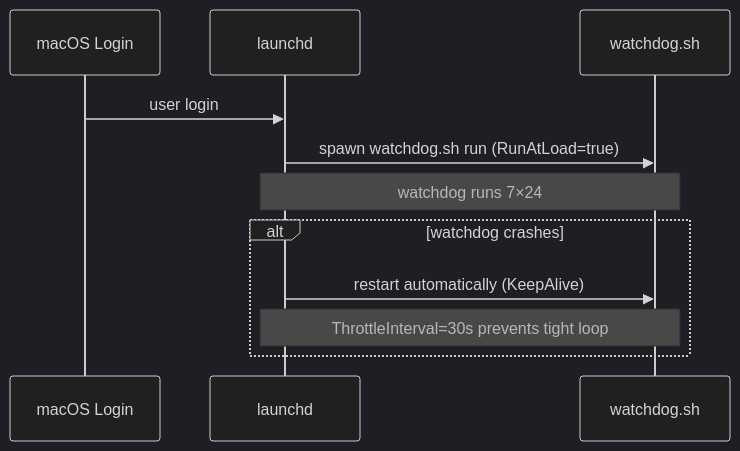
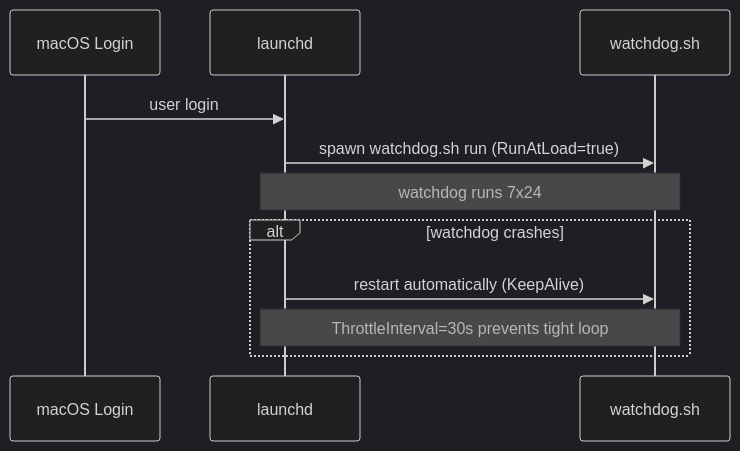
The sixth of 6 diagrams in README.md (bianbiandashen/ai-watchdog), drawn with Mermaid (dark theme) before and after one commit. The commit also changed other lines of this file and 9 other files, not shown here.

First line of the commit message:
feat: Harness + Compound dual-layer architecture, LLM session summaries, PageIndex auto-reindex

````diff
--- a/README.md
+++ b/README.md
@@ -207,16 +413,16 @@
 ```mermaid
 sequenceDiagram
     participant Boot as macOS Login
     participant LD as launchd
     participant WD as watchdog.sh
 
     Boot->>LD: user login
     LD->>WD: spawn watchdog.sh run (RunAtLoad=true)
 
-    Note over LD,WD: watchdog runs 7×24
+    Note over LD,WD: watchdog runs 7x24
 
     alt watchdog crashes
         LD->>WD: restart automatically (KeepAlive)
         Note over LD,WD: ThrottleInterval=30s prevents tight loop
     end
 ```
````
